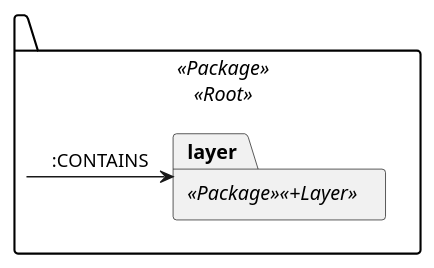
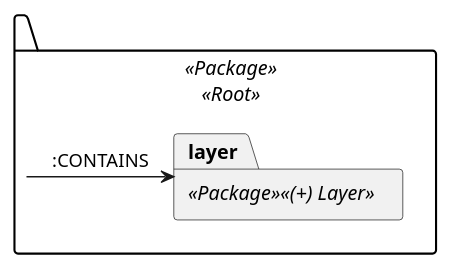
The diagram in jqassistant/layer.adoc (murdos/spring-petclinic), drawn with PlantUML before and after one commit. The commit also changed other lines of this file and 2 other files, not shown here.

Commit message:
upgraded to jQA 1.6.0 and Plantuml rule plugin 1.6.0-SNAPSHOT

```diff
--- a/jqassistant/layer.adoc
+++ b/jqassistant/layer.adoc
@@ -29,13 +29,13 @@
 [plantuml,layer,role=concept,requiresConcepts="layer:Root"]
 ----
 @startuml
 skinparam componentStyle uml2
 
 package [] as root <<Package>><<Root>> {
-  package "layer" as layer <<Package>><<+Layer>>
+  package "layer" as layer <<Package>><<(+) Layer>>
 }
 
 root -> layer : :CONTAINS
 
 @enduml
 ----
```
